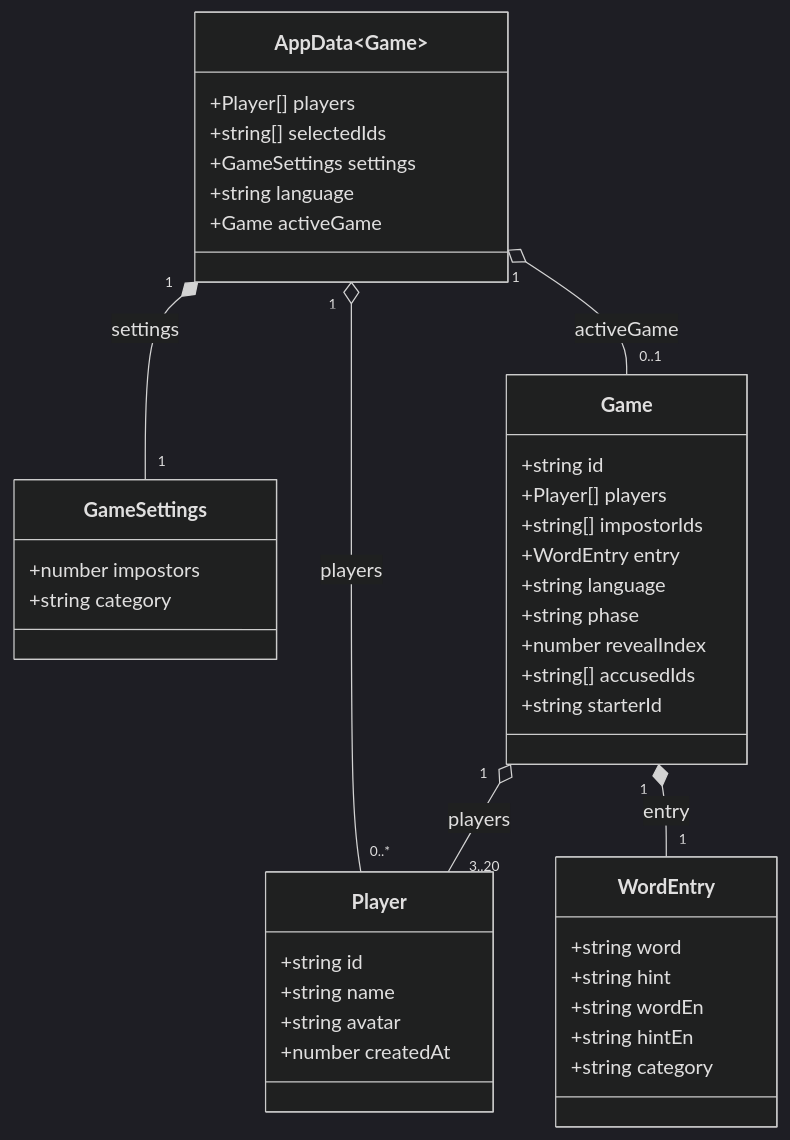
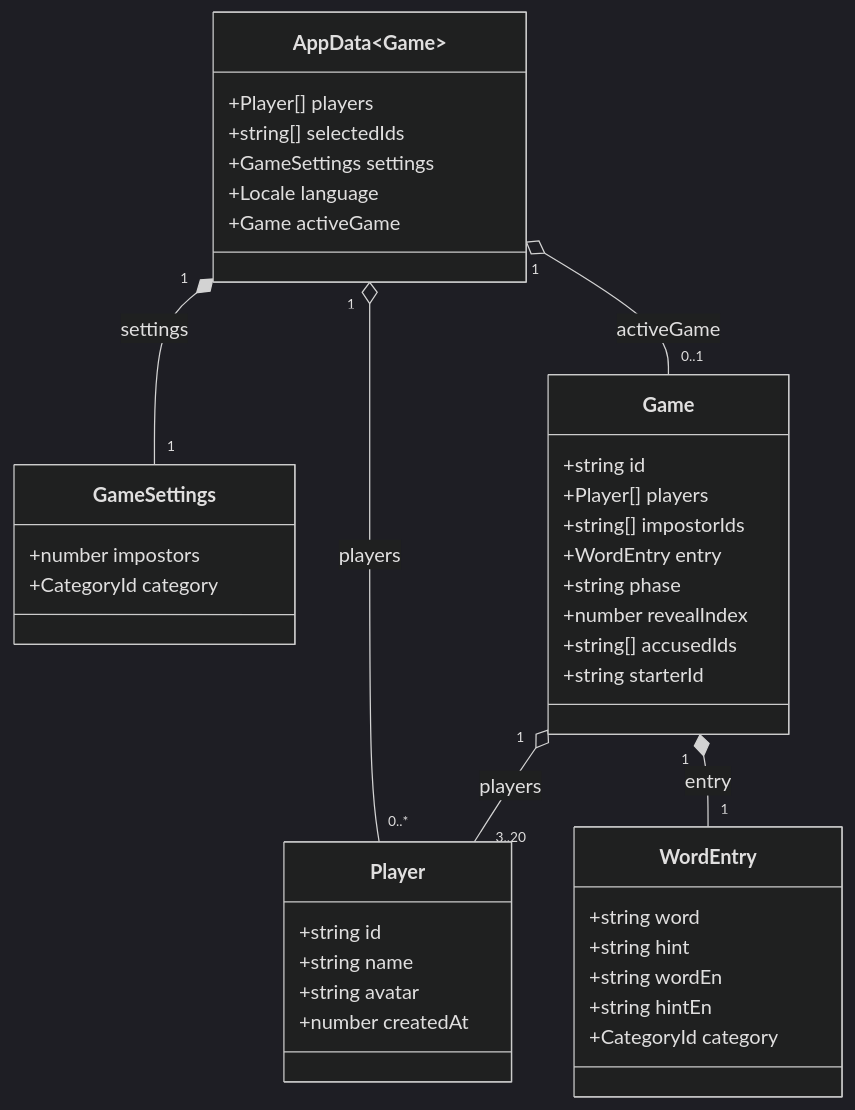
One commit to LucaSforza/ImpostorGame changed the diagram in kb/indexeddb.md. Above: the diagram before and after it, drawn with Mermaid (dark theme). The commit also changed other lines of this file and 14 other files, not shown here.

````diff
--- a/kb/indexeddb.md
+++ b/kb/indexeddb.md
@@ -17,43 +17,42 @@
 ```mermaid
 classDiagram
   class AppData~Game~ {
     +Player[] players
     +string[] selectedIds
     +GameSettings settings
-    +string language
+    +Locale language
     +Game activeGame
   }
   class Player {
     +string id
     +string name
     +string avatar
     +number createdAt
   }
   class GameSettings {
     +number impostors
-    +string category
+    +CategoryId category
   }
   class Game {
     +string id
     +Player[] players
     +string[] impostorIds
     +WordEntry entry
-    +string language
     +string phase
     +number revealIndex
     +string[] accusedIds
     +string starterId
   }
   class WordEntry {
     +string word
     +string hint
     +string wordEn
     +string hintEn
-    +string category
+    +CategoryId category
   }
   AppData~Game~ "1" o-- "0..*" Player : players
   AppData~Game~ "1" *-- "1" GameSettings : settings
   AppData~Game~ "1" o-- "0..1" Game : activeGame
   Game "1" o-- "3..20" Player : players
   Game "1" *-- "1" WordEntry : entry
 ```
````
